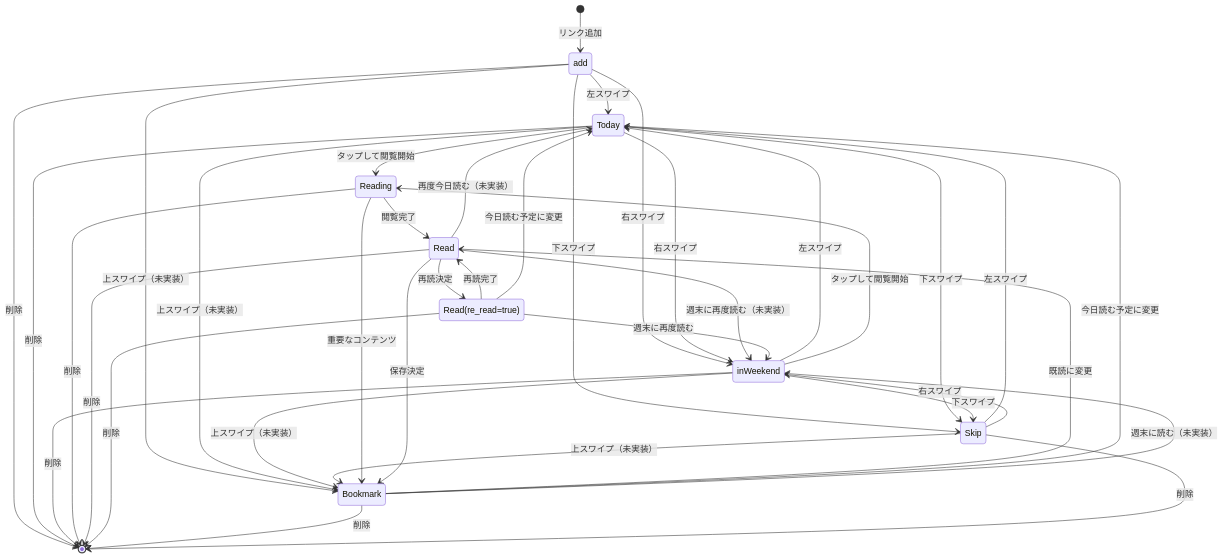
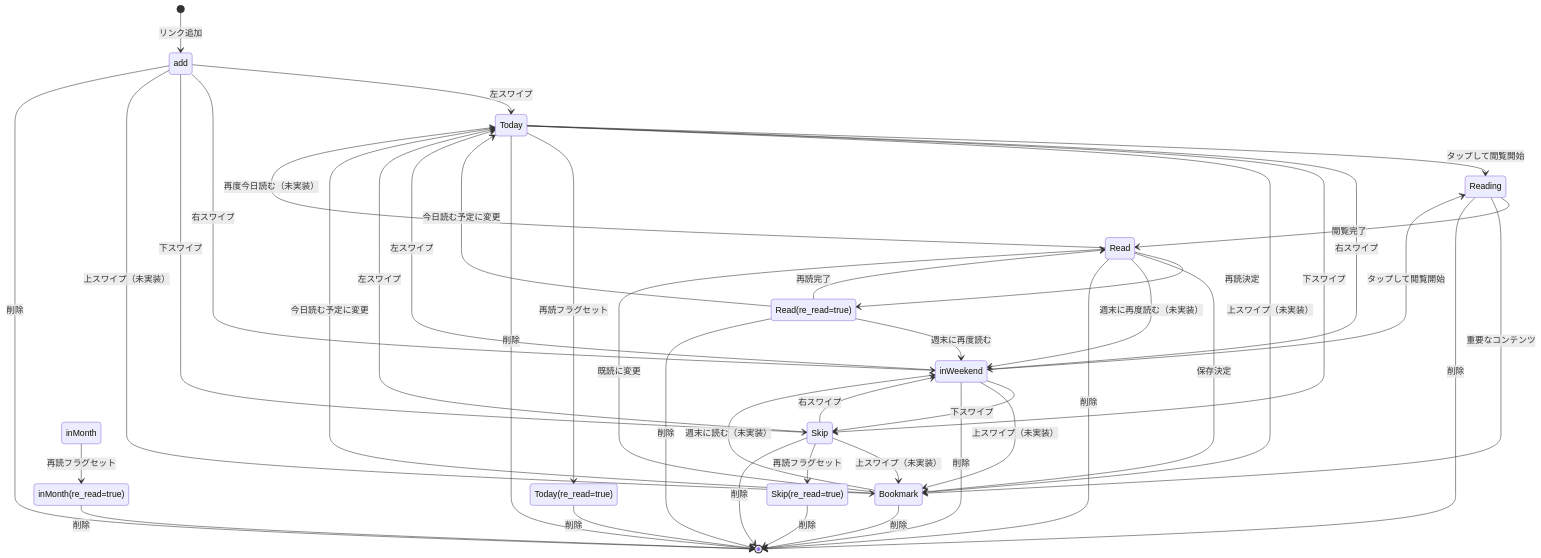
Before and after one commit to sooom1627/Linpe: the diagram in feature/links/docs/link-status-transitions.md, drawn with Mermaid. The commit also changed other lines of this file and 6 other files, not shown here.

````diff
--- a/feature/links/docs/link-status-transitions.md
+++ b/feature/links/docs/link-status-transitions.md
@@ -37,57 +48,65 @@
 ```mermaid
 stateDiagram-v2
     [*] --> add: リンク追加
 
     %% 優先度の振り分け（スワイプ操作）
     add --> Today: 左スワイプ
     add --> inWeekend: 右スワイプ
     add --> Skip: 下スワイプ
     add --> Bookmark: 上スワイプ（未実装）
 
     %% Todayからの遷移
     Today --> Reading: タップして閲覧開始
     Today --> inWeekend: 右スワイプ
     Today --> Skip: 下スワイプ
     Today --> Bookmark: 上スワイプ（未実装）
 
     %% inWeekendからの遷移
     inWeekend --> Today: 左スワイプ
     inWeekend --> Skip: 下スワイプ
     inWeekend --> Bookmark: 上スワイプ（未実装）
     inWeekend --> Reading: タップして閲覧開始
 
     %% Skipからの遷移
     Skip --> Today: 左スワイプ
     Skip --> inWeekend: 右スワイプ
     Skip --> Bookmark: 上スワイプ（未実装）
 
     %% 読書状態の遷移
     Reading --> Read: 閲覧完了
     Reading --> Bookmark: 重要なコンテンツ
 
     %% 読了後の遷移
     Read --> Read(re_read=true): 再読決定
     Read --> Bookmark: 保存決定
     Read --> Today: 再度今日読む（未実装）
     Read --> inWeekend: 週末に再度読む（未実装）
 
     %% 再読関連の遷移
     Read(re_read=true) --> Read: 再読完了
     Read(re_read=true) --> Today: 今日読む予定に変更
     Read(re_read=true) --> inWeekend: 週末に再度読む
 
+    %% 他のステータスにre_read=trueを設定
+    Today --> Today(re_read=true): 再読フラグセット
+    Skip --> Skip(re_read=true): 再読フラグセット
+    inMonth --> inMonth(re_read=true): 再読フラグセット
+
     %% ブックマークからの遷移
     Bookmark --> Read: 既読に変更
     Bookmark --> Today: 今日読む予定に変更
     Bookmark --> inWeekend: 週末に読む（未実装）
 
     %% どのステータスからも削除可能
     add --> [*]: 削除
     Today --> [*]: 削除
     inWeekend --> [*]: 削除
     Reading --> [*]: 削除
     Read --> [*]: 削除
     Read(re_read=true) --> [*]: 削除
+    Today(re_read=true) --> [*]: 削除
+    Skip(re_read=true) --> [*]: 削除
+    inMonth(re_read=true) --> [*]: 削除
     Bookmark --> [*]: 削除
     Skip --> [*]: 削除
 ```
````
